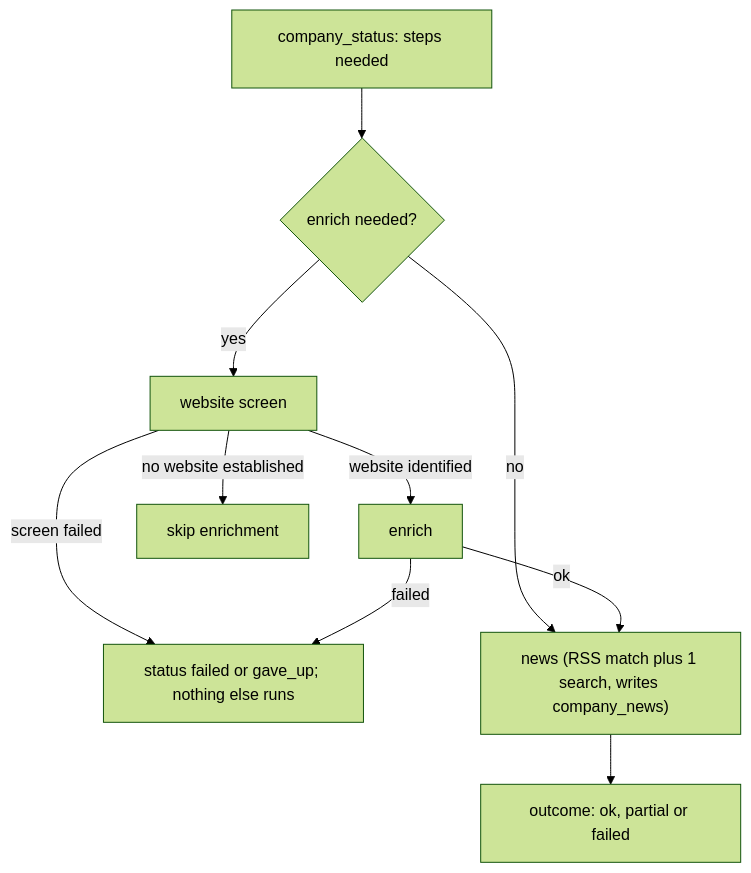
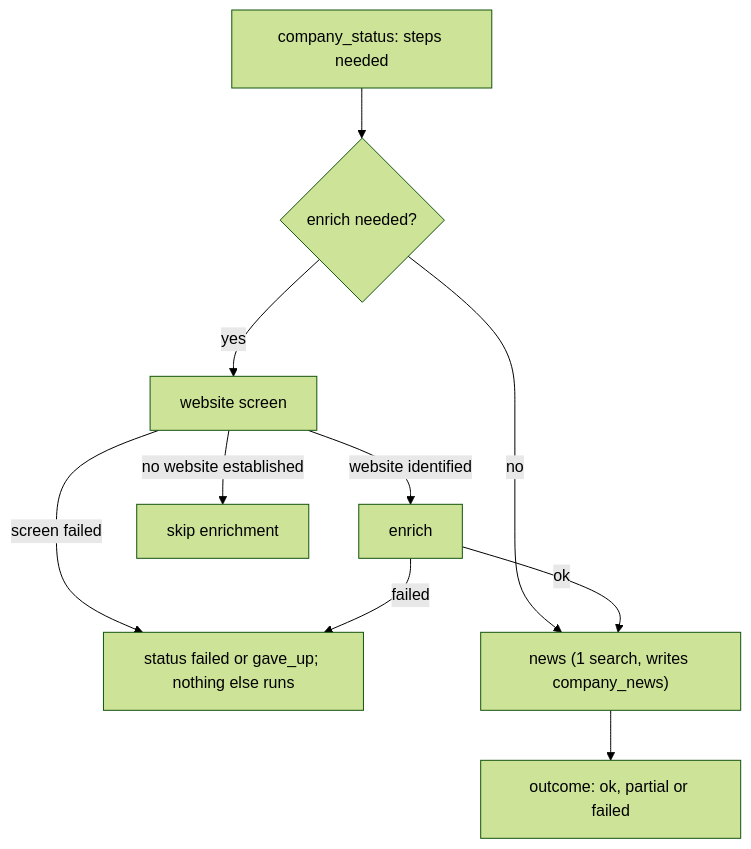
Before and after one commit to Farzaanee/sprout: the second of 2 diagrams in docs/architecture/phases/phase-6-multi-agent.md, drawn with Mermaid (forest theme). The commit also changed other lines of this file and 39 other files, not shown here.

Commit message:
remove news_item table and rss feed matching

````diff
--- a/docs/architecture/phases/phase-6-multi-agent.md
+++ b/docs/architecture/phases/phase-6-multi-agent.md
@@ -48,12 +48,12 @@
 ```mermaid
 flowchart TB
     S["company_status: steps needed"] --> E{"enrich needed?"}
     E -- yes --> WS["website screen"]
     WS -- "website identified" --> RE["enrich"]
     WS -- "no website established" --> SKIP["skip enrichment"]
     WS -- "screen failed" --> F
     E -- no --> N
     RE -- "failed" --> F["status failed or gave_up; nothing else runs"]
-    RE -- "ok" --> N["news (RSS match plus 1 search, writes company_news)"]
+    RE -- "ok" --> N["news (1 search, writes company_news)"]
     N --> O["outcome: ok, partial or failed"]
 ```
````
